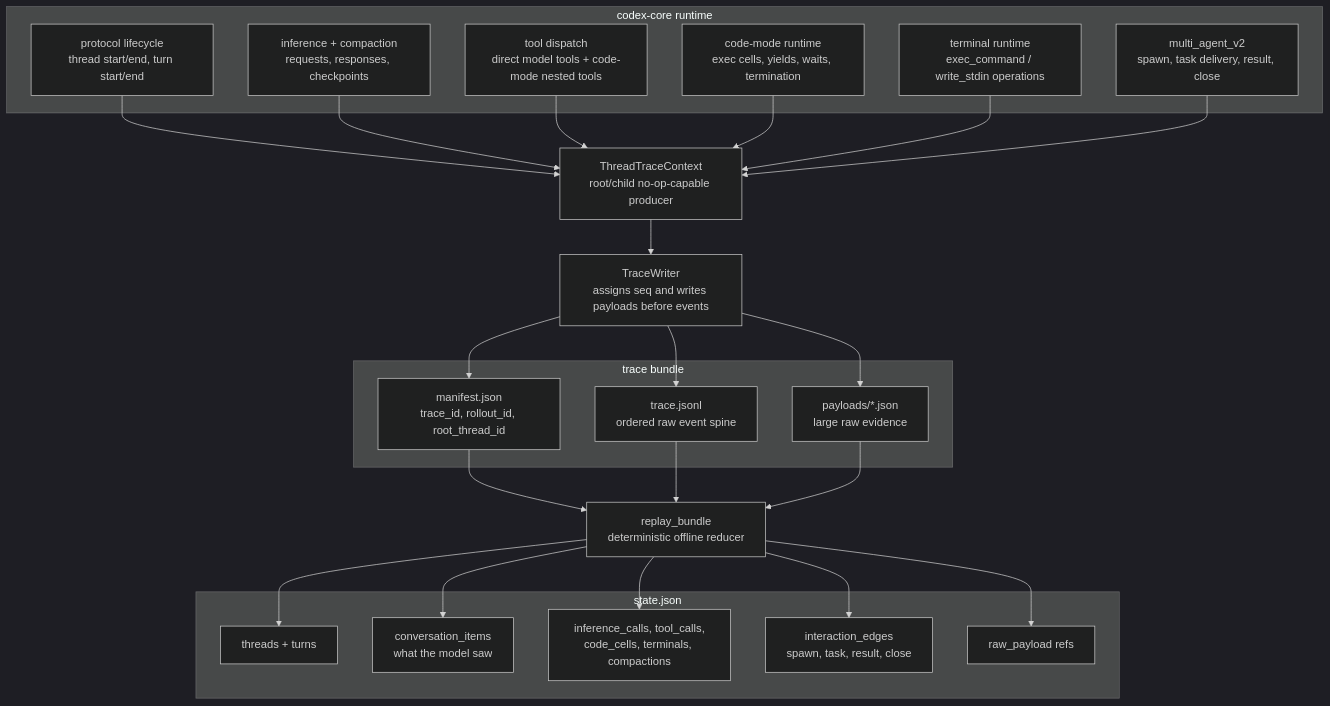
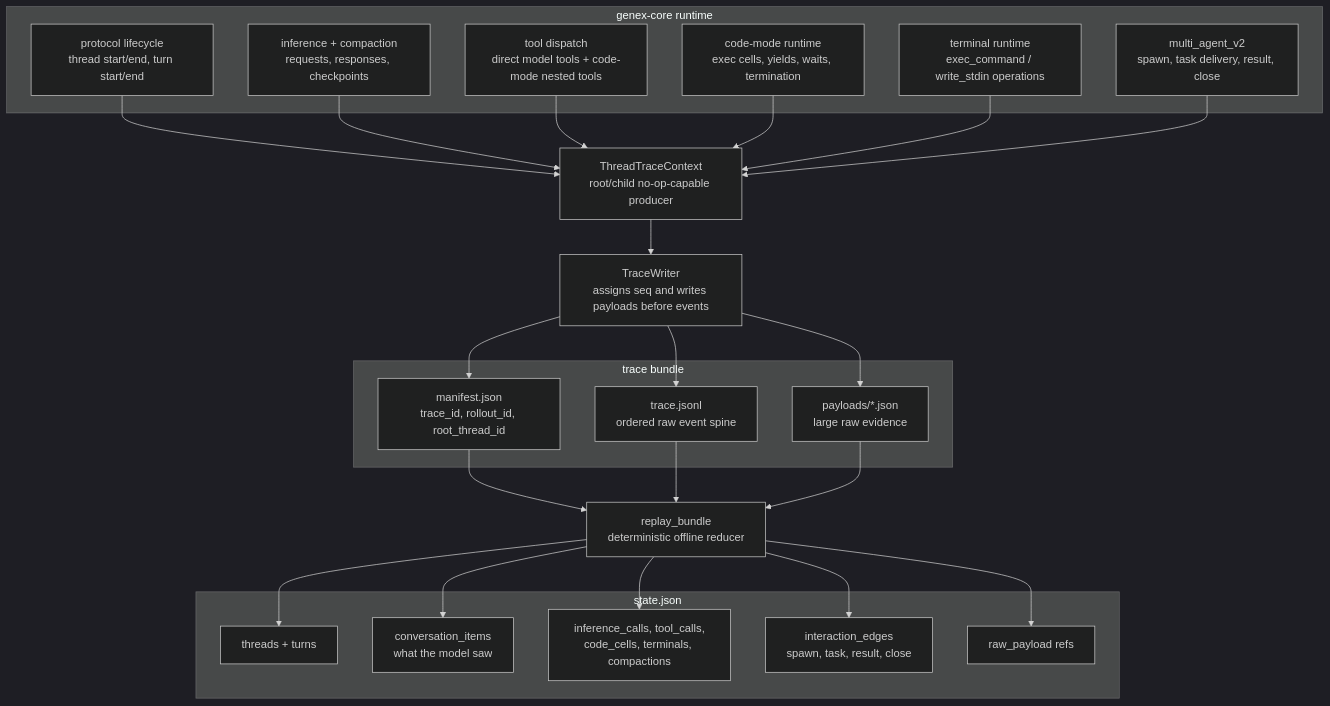
The first of 3 diagrams in crates/rollout-trace/README.md (Ruxex/ruxex), drawn with Mermaid (dark theme) before and after one commit. The commit also changed 2451 other files, not shown here.

Commit message:
Rename workspace crates from Codex to Genex

````diff
--- a/crates/rollout-trace/README.md
+++ b/crates/rollout-trace/README.md
@@ -41,52 +41,52 @@
 ```mermaid
 flowchart TD
-    subgraph Runtime["codex-core runtime"]
+    subgraph Runtime["genex-core runtime"]
         Protocol["protocol lifecycle\nthread start/end, turn start/end"]
         Inference["inference + compaction\nrequests, responses, checkpoints"]
         Tools["tool dispatch\ndirect model tools + code-mode nested tools"]
         CodeMode["code-mode runtime\nexec cells, yields, waits, termination"]
         Terminal["terminal runtime\nexec_command / write_stdin operations"]
         Agents["multi_agent_v2\nspawn, task delivery, result, close"]
     end
 
     Context["ThreadTraceContext\nroot/child no-op-capable producer"]
     Writer["TraceWriter\nassigns seq and writes payloads before events"]
 
     subgraph Bundle["trace bundle"]
         Manifest["manifest.json\ntrace_id, rollout_id, root_thread_id"]
         Events["trace.jsonl\nordered raw event spine"]
         Payloads["payloads/*.json\nlarge raw evidence"]
     end
 
     Reducer["replay_bundle\ndeterministic offline reducer"]
 
     subgraph State["state.json"]
         Threads["threads + turns"]
         Conversation["conversation_items\nwhat the model saw"]
         RuntimeObjects["inference_calls, tool_calls,\ncode_cells, terminals, compactions"]
         Edges["interaction_edges\nspawn, task, result, close"]
         RawRefs["raw_payload refs"]
     end
 
     Protocol --> Context
     Inference --> Context
     Tools --> Context
     CodeMode --> Context
     Terminal --> Context
     Agents --> Context
 
     Context --> Writer
     Writer --> Manifest
     Writer --> Payloads
     Writer --> Events
 
     Manifest --> Reducer
     Events --> Reducer
     Payloads --> Reducer
 
     Reducer --> Threads
     Reducer --> Conversation
     Reducer --> RuntimeObjects
     Reducer --> Edges
     Reducer --> RawRefs
 ```
````
